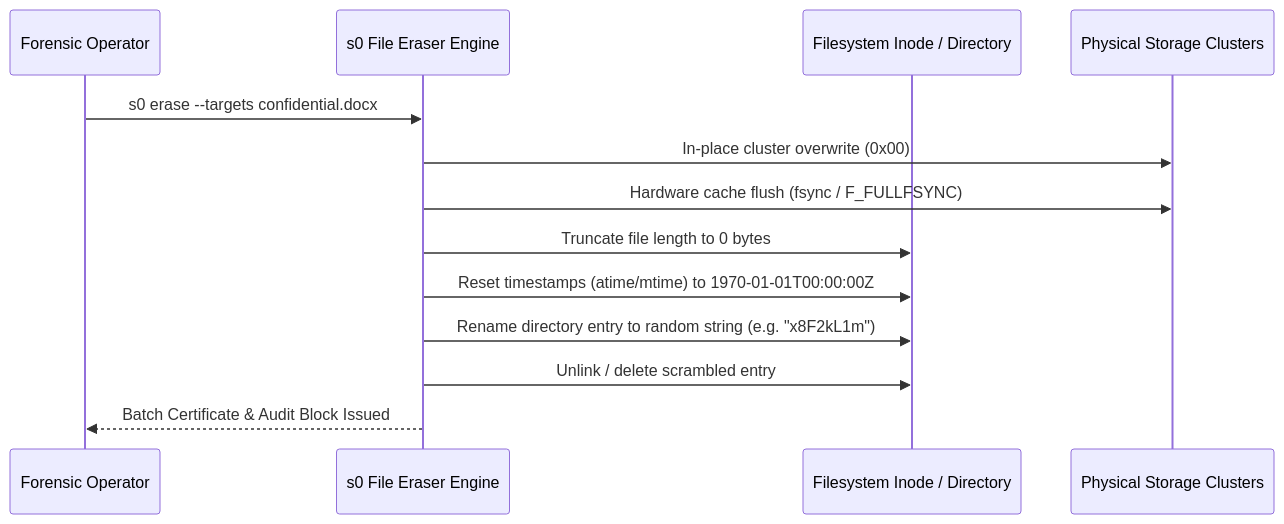
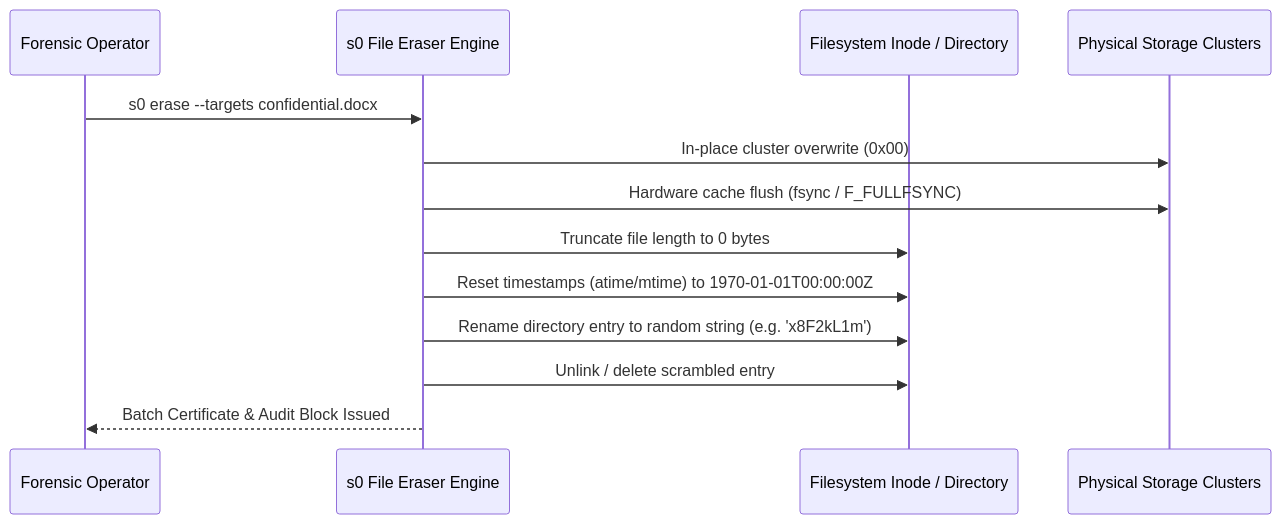
Before and after one commit to kartik2005221/s0: the second of 2 diagrams in docs/secure-erasure-guide.md, drawn with Mermaid. The commit also changed other lines of this file, not shown here.

Commit message:
docs: fix mermaid flowchart and sequence diagram syntax in secure-erasure-guide

````diff
--- a/docs/secure-erasure-guide.md
+++ b/docs/secure-erasure-guide.md
@@ -128,16 +128,16 @@
 ```mermaid
 sequenceDiagram
     participant Op as Forensic Operator
     participant FE as s0 File Eraser Engine
     participant FS as Filesystem Inode / Directory
     participant Disk as Physical Storage Clusters
 
     Op->>FE: s0 erase --targets confidential.docx
     FE->>Disk: In-place cluster overwrite (0x00)
     FE->>Disk: Hardware cache flush (fsync / F_FULLFSYNC)
     FE->>FS: Truncate file length to 0 bytes
     FE->>FS: Reset timestamps (atime/mtime) to 1970-01-01T00:00:00Z
-    FE->>FS: Rename directory entry to random string (e.g. "x8F2kL1m")
+    FE->>FS: Rename directory entry to random string (e.g. 'x8F2kL1m')
     FE->>FS: Unlink / delete scrambled entry
     FE-->>Op: Batch Certificate & Audit Block Issued
 ```
````
